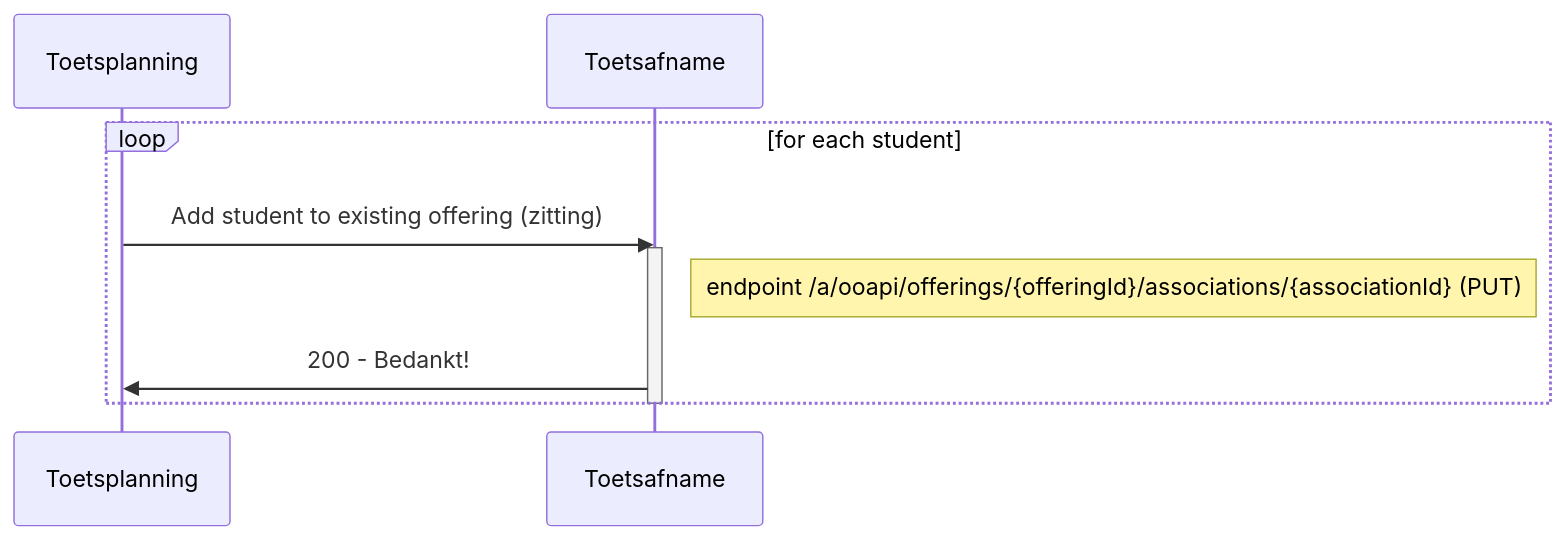
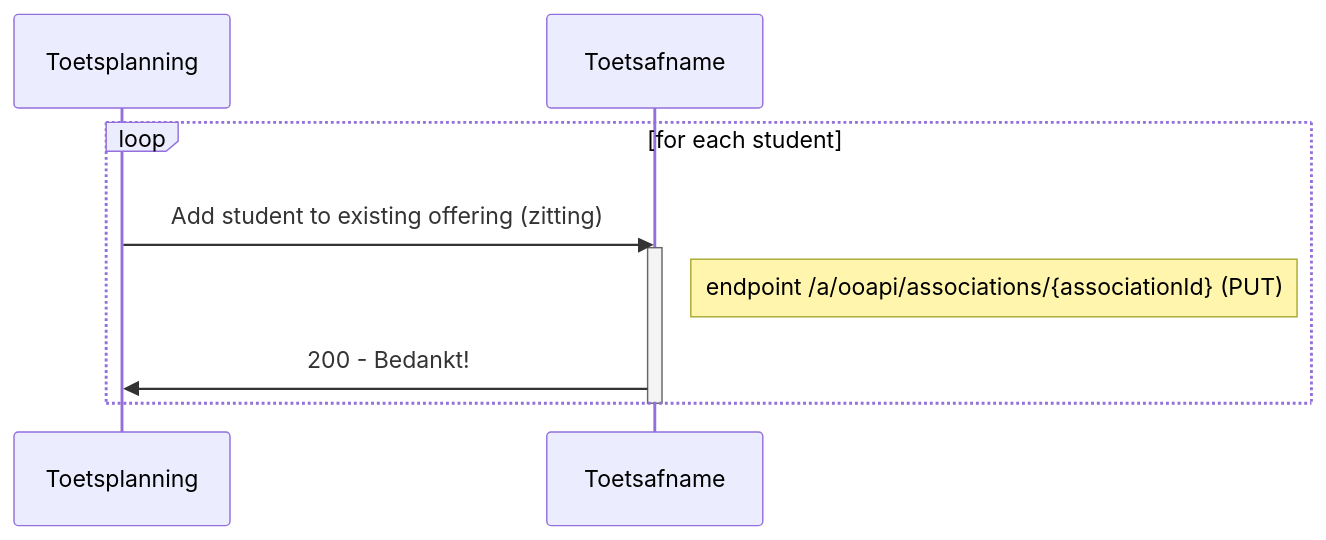
One commit to NetwerkExamineringDigitalisering/NED-OOAPI changed the fifth of 10 diagrams in doc/flow2.md. Above: the diagram before and after it, drawn with Mermaid. The commit also changed other lines of this file and 1 other file, not shown here.

Commit message:
updates in flow 2 for short URL (assocaitions)

````diff
--- a/doc/flow2.md
+++ b/doc/flow2.md
@@ -268,10 +268,10 @@
 ```mermaid
 sequenceDiagram
     loop for each student
         Toetsplanning->>Toetsafname: Add student to existing offering (zitting)
         activate Toetsafname
-        Note right of Toetsafname: endpoint /a/ooapi/offerings/{offeringId}/associations/{associationId} (PUT)
+        Note right of Toetsafname: endpoint /a/ooapi/associations/{associationId} (PUT)
         Toetsafname->>Toetsplanning: 200 - Bedankt!
     end
     deactivate Toetsafname
 ```
````
